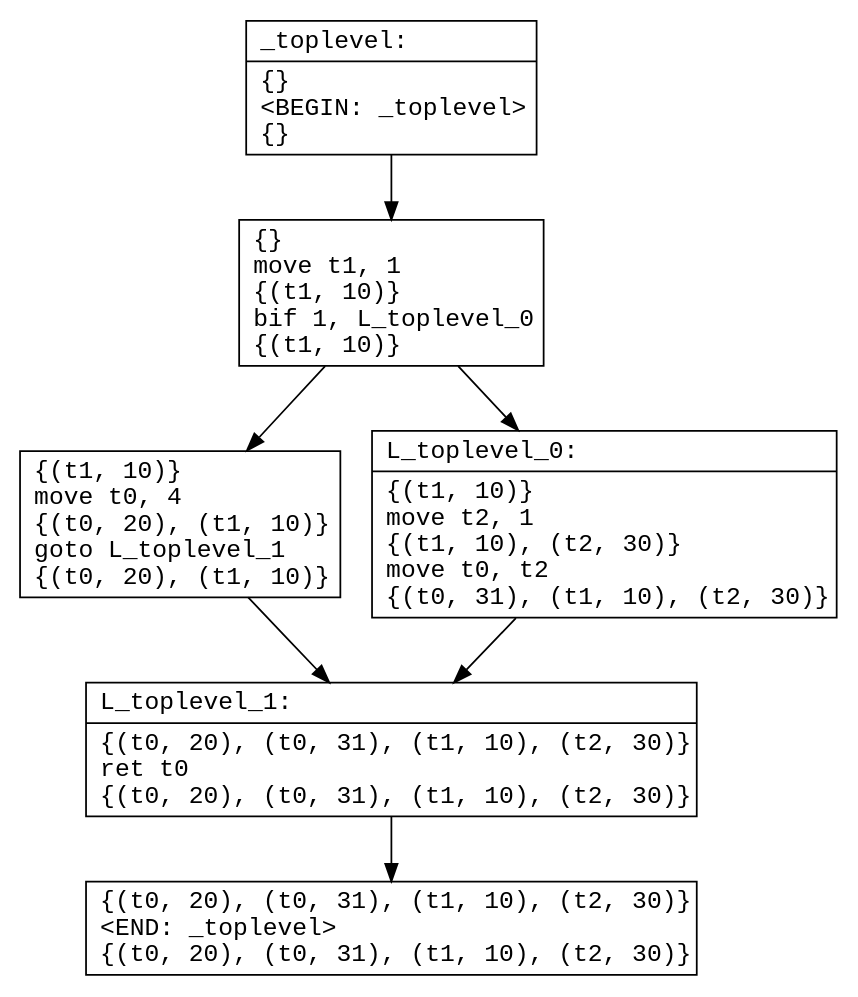
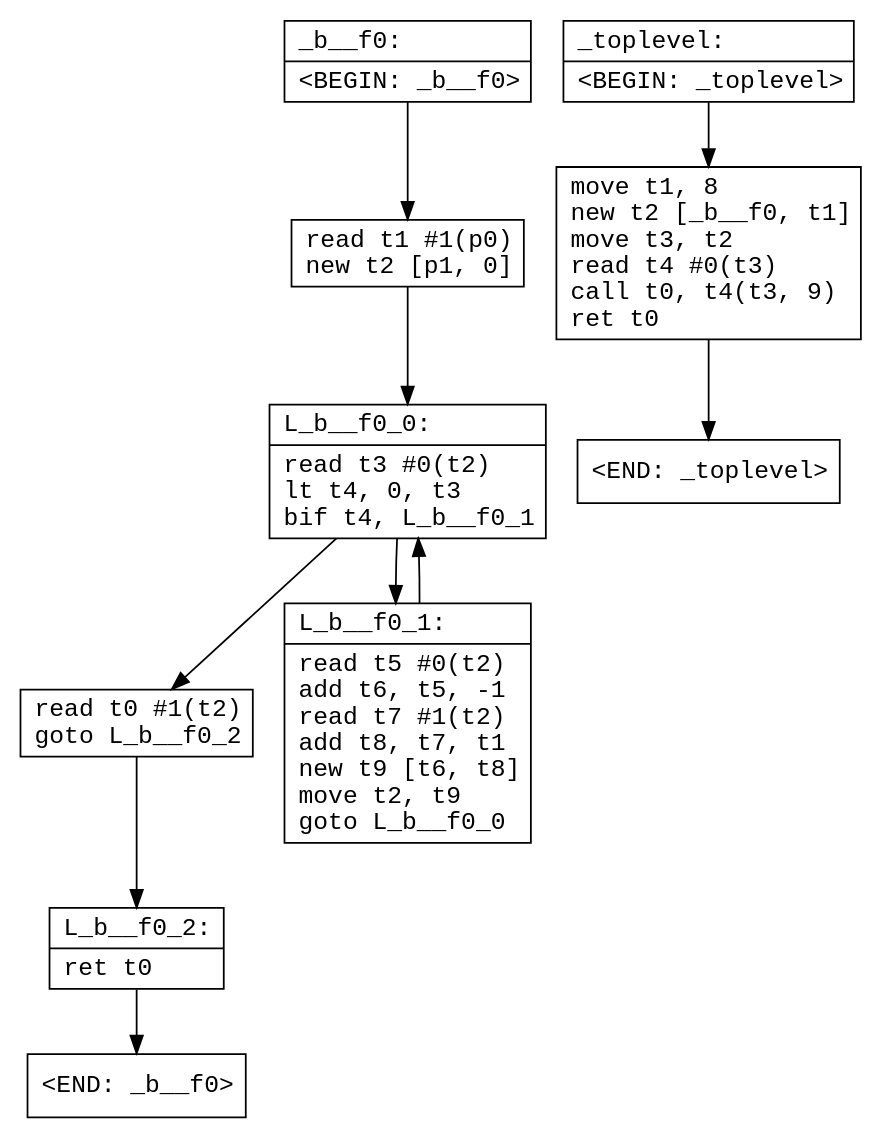
One commit to ore-puzzle/le4com changed the diagram in code/cfg_tmp.dot. Above: the diagram before and after it, drawn with Graphviz. The commit also changed 5 other files, not shown here.

```diff
--- a/code/cfg_tmp.dot
+++ b/code/cfg_tmp.dot
@@ -1,16 +1,25 @@
 digraph CFG {
   node [shape=record fontname="courier"]
-  _toplevel0 [label="{_toplevel:\l|\{\}\l\<BEGIN: _toplevel\>\l\{\}\l}"];
-  _toplevel1 [label="{\{\}\lmove  t1, 1\l\{(t1, 10)\}\lbif  1, L_toplevel_0\l\{(t1, 10)\}\l}"];
-  _toplevel2 [label="{\{(t1, 10)\}\lmove  t0, 4\l\{(t0, 20), (t1, 10)\}\lgoto  L_toplevel_1\l\{(t0, 20), (t1, 10)\}\l}"];
-  _toplevel3 [label="{L_toplevel_0:\l|\{(t1, 10)\}\lmove  t2, 1\l\{(t1, 10), (t2, 30)\}\lmove  t0, t2\l\{(t0, 31), (t1, 10), (t2, 30)\}\l}"];
-  _toplevel4 [label="{L_toplevel_1:\l|\{(t0, 20), (t0, 31), (t1, 10), (t2, 30)\}\lret  t0\l\{(t0, 20), (t0, 31), (t1, 10), (t2, 30)\}\l}"];
-  _toplevel5 [label="{\{(t0, 20), (t0, 31), (t1, 10), (t2, 30)\}\l\<END: _toplevel\>\l\{(t0, 20), (t0, 31), (t1, 10), (t2, 30)\}\l}"];
+  _b__f00 [label="{_b__f0:\l|\<BEGIN: _b__f0\>\l}"];
+  _b__f01 [label="{read  t1 #1(p0)\lnew  t2 [p1, 0]\l}"];
+  _b__f02 [label="{L_b__f0_0:\l|read  t3 #0(t2)\llt  t4, 0, t3\lbif  t4, L_b__f0_1\l}"];
+  _b__f03 [label="{read  t0 #1(t2)\lgoto  L_b__f0_2\l}"];
+  _b__f04 [label="{L_b__f0_1:\l|read  t5 #0(t2)\ladd  t6, t5, -1\lread  t7 #1(t2)\ladd  t8, t7, t1\lnew  t9 [t6, t8]\lmove  t2, t9\lgoto  L_b__f0_0\l}"];
+  _b__f05 [label="{L_b__f0_2:\l|ret  t0\l}"];
+  _b__f06 [label="{\<END: _b__f0\>\l}"];
+
+  _b__f00 -> _b__f01
+  _b__f01 -> _b__f02
+  _b__f02 -> _b__f04
+  _b__f02 -> _b__f03
+  _b__f03 -> _b__f05
+  _b__f04 -> _b__f02
+  _b__f05 -> _b__f06
+  
+  _toplevel0 [label="{_toplevel:\l|\<BEGIN: _toplevel\>\l}"];
+  _toplevel1 [label="{move  t1, 8\lnew  t2 [_b__f0, t1]\lmove  t3, t2\lread  t4 #0(t3)\lcall  t0, t4(t3, 9)\lret  t0\l}"];
+  _toplevel2 [label="{\<END: _toplevel\>\l}"];
 
   _toplevel0 -> _toplevel1
-  _toplevel1 -> _toplevel3
   _toplevel1 -> _toplevel2
-  _toplevel2 -> _toplevel4
-  _toplevel3 -> _toplevel4
-  _toplevel4 -> _toplevel5
   }
```
